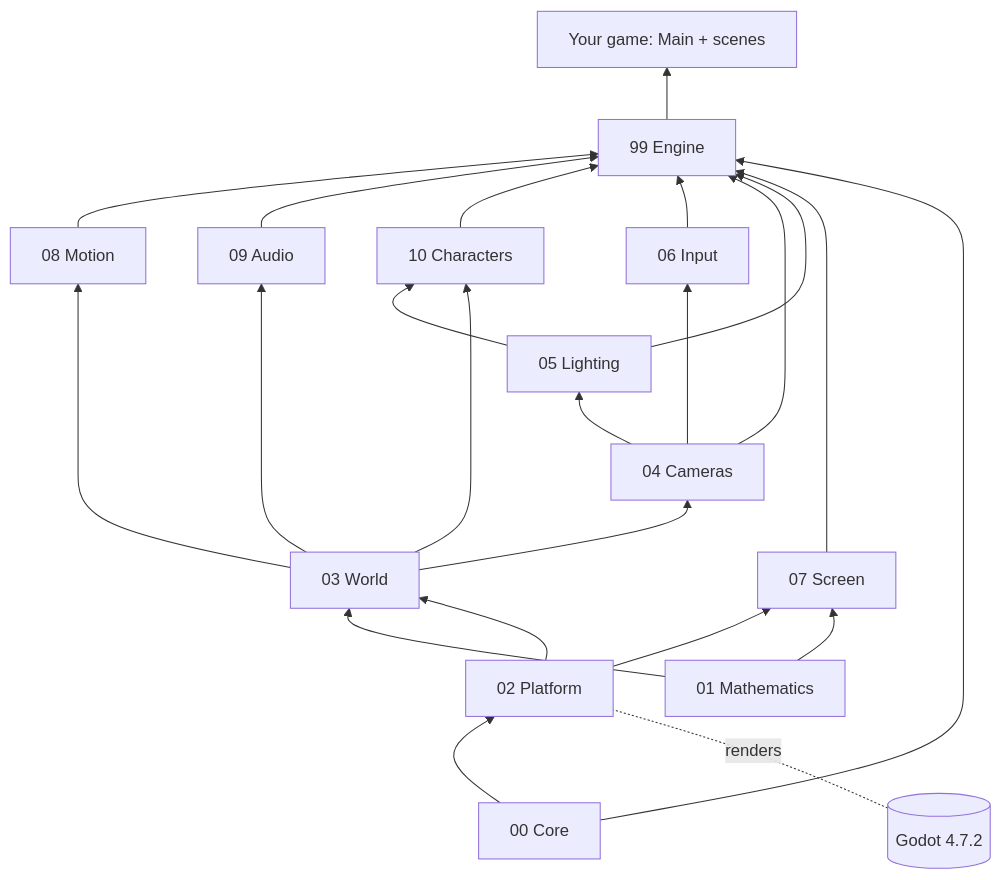
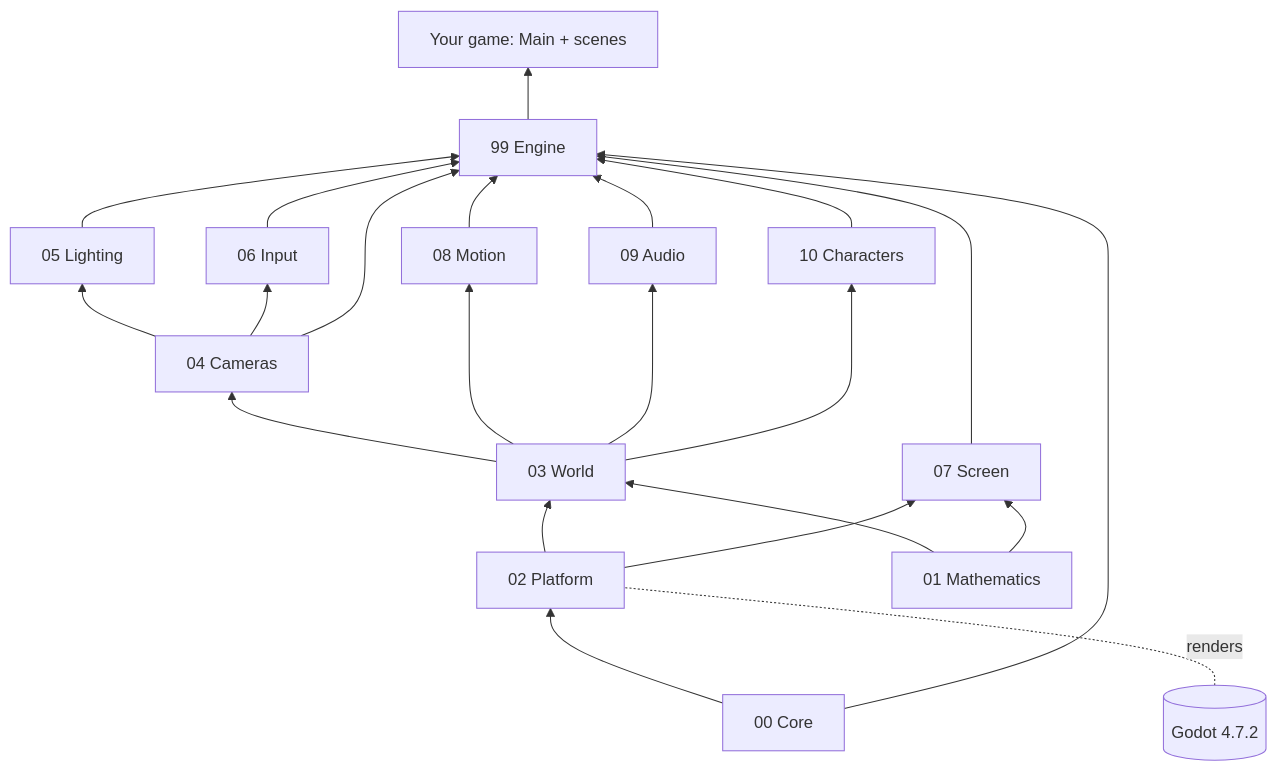
One commit to ThatEvilGuy-237/MyGameFrameWork changed the diagram in documents/Architecture/Architecture Overview.md. Above: the diagram before and after it, drawn with Mermaid. The commit also changed other lines of this file and 28 other files, not shown here.

````diff
--- a/documents/Architecture/Architecture Overview.md
+++ b/documents/Architecture/Architecture Overview.md
@@ -32,25 +32,24 @@
 ```mermaid
 flowchart BT
   core[00 Core] --> platform[02 Platform]
   math[01 Mathematics] --> world[03 World]
   platform --> world
   platform --> screen[07 Screen]
   math --> screen
   world --> cameras[04 Cameras]
   cameras --> lighting[05 Lighting]
   cameras --> input[06 Input]
   world --> motion[08 Motion]
   motion --> engine[99 Engine]
   world --> audio[09 Audio]
   audio --> engine
-  lighting --> characters[10 Characters]
-  world --> characters
+  world --> characters[10 Characters]
   characters --> engine
   input --> engine
   cameras --> engine
   lighting --> engine
   screen --> engine
   core --> engine
   engine --> game[Your game: Main + scenes]
   godot[(Godot 4.7.2)] -.renders.- platform
 ```
````
